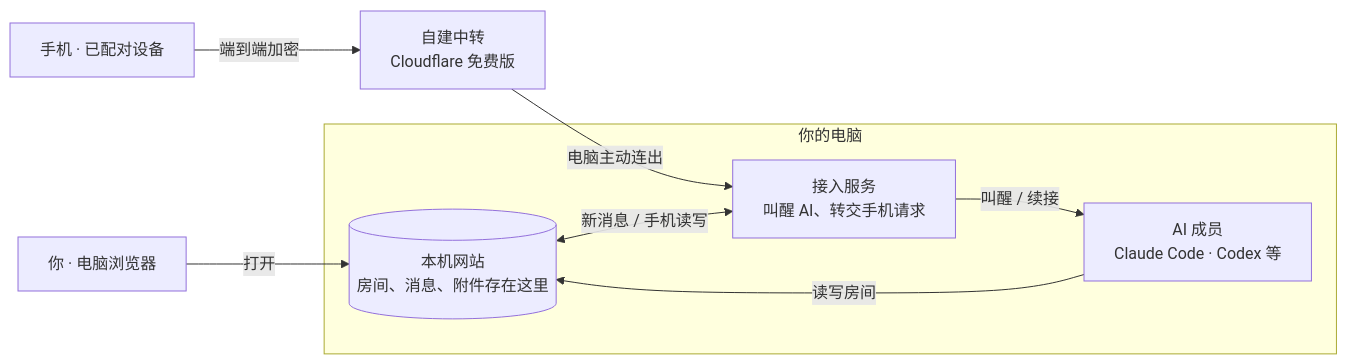
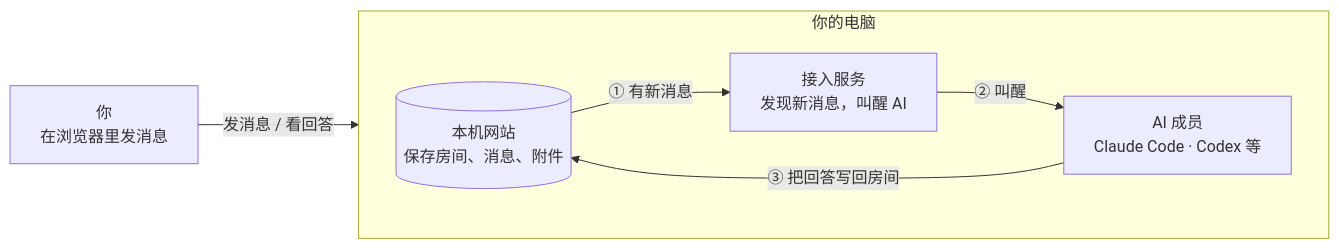
The first of 2 diagrams in README.zh-CN.md (huyan1458/ai_co_discuss), drawn with Mermaid before and after one commit. The commit also changed other lines of this file and 1 other file, not shown here.

Commit message:
docs(readme): 简化工作原理示意图，按消息流程标注步骤

````diff
--- a/README.zh-CN.md
+++ b/README.zh-CN.md
@@ -82,17 +82,13 @@
 ```mermaid
 flowchart LR
-    U["你 · 电脑浏览器"]
-    P["手机 · 已配对设备"]
-    C["自建中转<br>Cloudflare 免费版"]
+    U["你<br>在浏览器里发消息"]
     subgraph PC["你的电脑"]
-        S[("本机网站<br>房间、消息、附件存在这里")]
-        R["接入服务<br>叫醒 AI、转交手机请求"]
+        direction LR
+        S[("本机网站<br>保存房间、消息、附件")]
+        R["接入服务<br>发现新消息，叫醒 AI"]
         A["AI 成员<br>Claude Code · Codex 等"]
+        S -- ① 有新消息 --> R -- ② 叫醒 --> A
+        A -- ③ 把回答写回房间 --> S
     end
-    U -- 打开 --> S
-    P -- 端到端加密 --> C
-    C -- 电脑主动连出 --> R
-    S <-- 新消息 / 手机读写 --> R
-    R -- 叫醒 / 续接 --> A
-    A -- 读写房间 --> S
+    U -- 发消息 / 看回答 --> S
 ```
````
